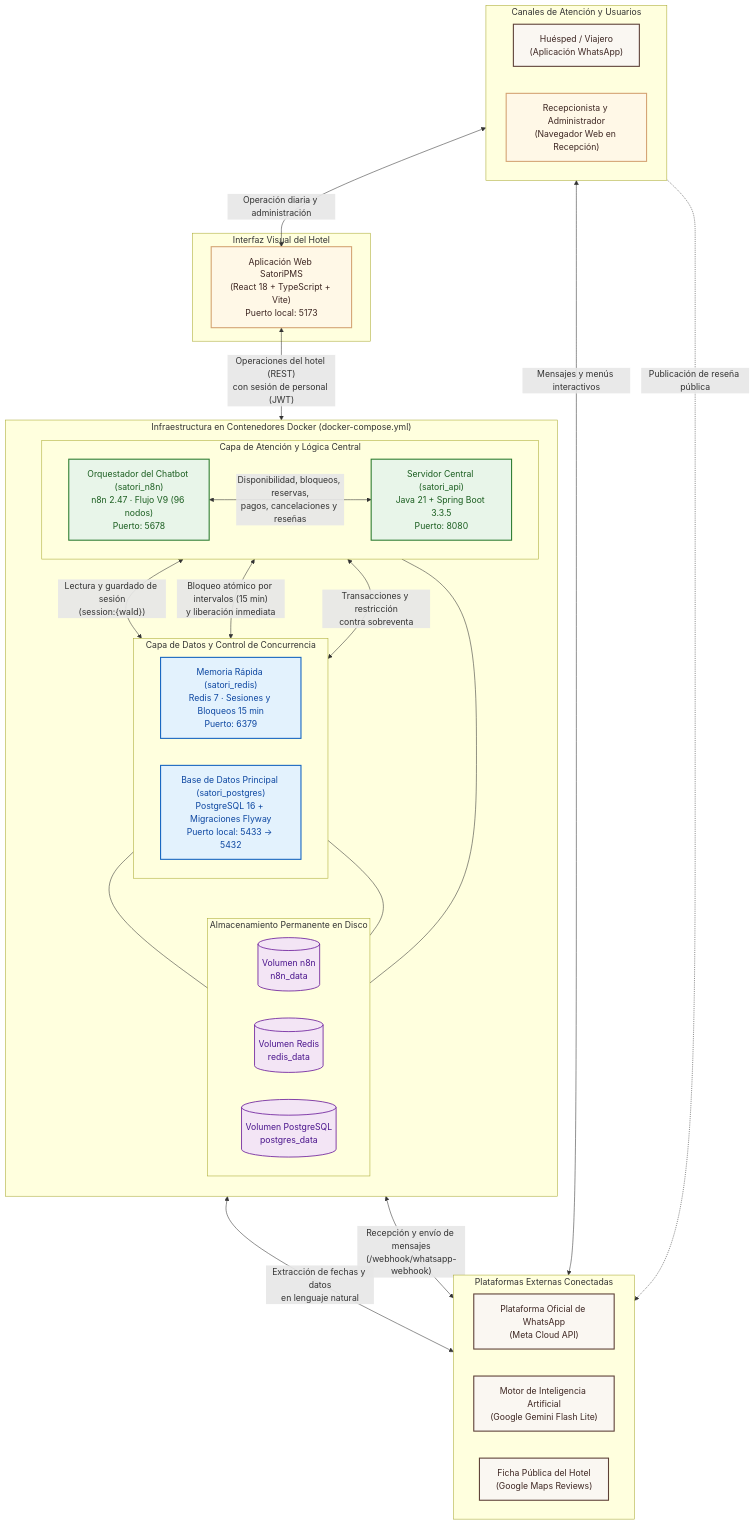
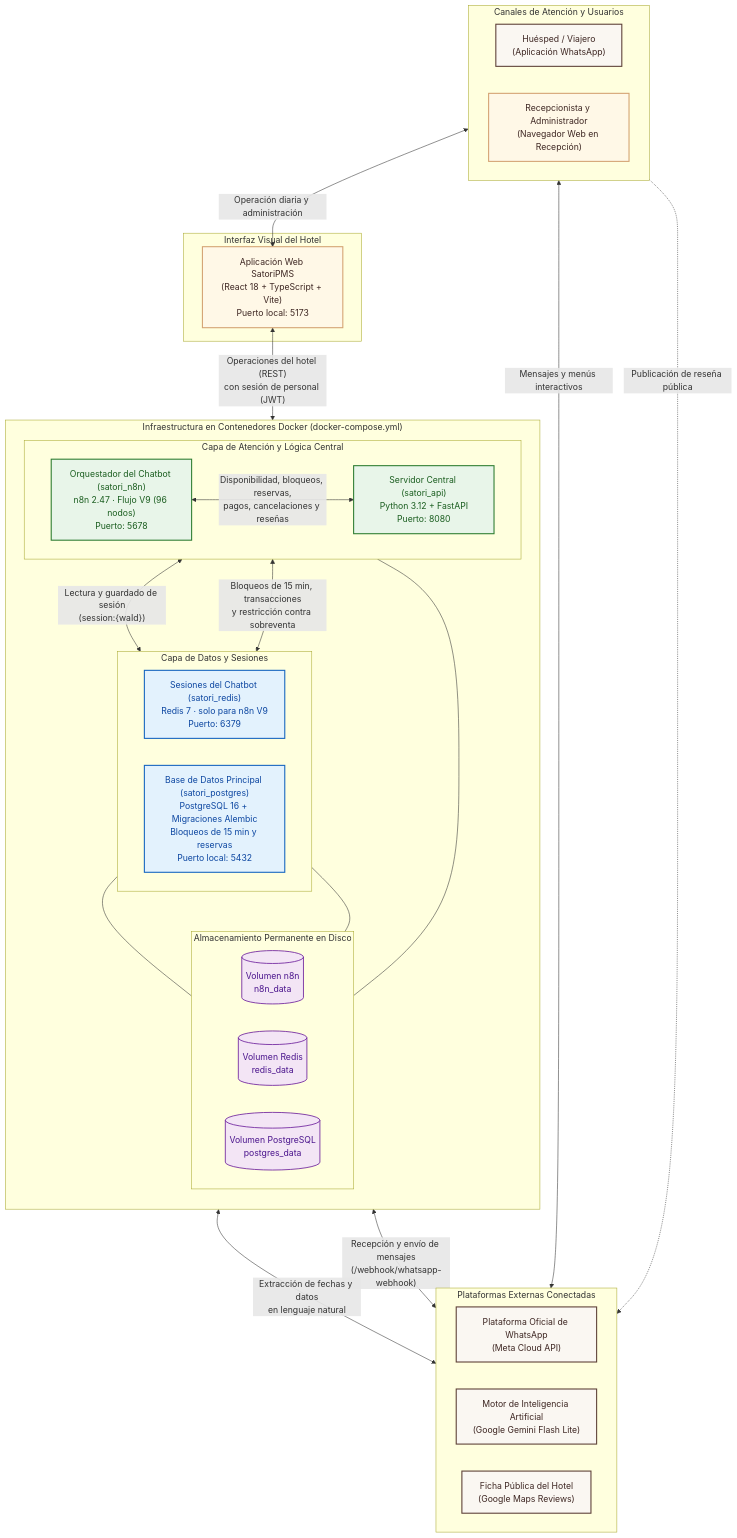
The diagram in docs/Diagramas/01_Infraestructura_Servicios.md (JuanJarias/SatoriPMS), drawn with Mermaid before and after one commit. The commit also changed other lines of this file and 14 other files, not shown here.

First line of the commit message:
docs: reescribir la documentacion tecnica para FastAPI y PostgreSQL

````diff
--- a/docs/Diagramas/01_Infraestructura_Servicios.md
+++ b/docs/Diagramas/01_Infraestructura_Servicios.md
@@ -11,69 +11,68 @@
 ```mermaid
 flowchart TB
     classDef external fill:#FAF7F2,stroke:#5D4037,stroke-width:2px,color:#3E2723
     classDef frontend fill:#FFF8E7,stroke:#D4A373,stroke-width:2px,color:#3E2723
     classDef core fill:#E8F5E9,stroke:#2E7D32,stroke-width:2px,color:#1B5E20
     classDef data fill:#E3F2FD,stroke:#1565C0,stroke-width:2px,color:#0D47A1
     classDef storage fill:#F3E5F5,stroke:#6A1B9A,stroke-width:1.5px,color:#4A148C
 
     subgraph Usuarios["Canales de Atención y Usuarios"]
         direction LR
         Huesped["Huésped / Viajero<br/>(Aplicación WhatsApp)"]:::external
         Personal["Recepcionista y Administrador<br/>(Navegador Web en Recepción)"]:::frontend
     end
 
     subgraph Externos["Plataformas Externas Conectadas"]
         direction LR
         MetaAPI["Plataforma Oficial de WhatsApp<br/>(Meta Cloud API)"]:::external
         GeminiAPI["Motor de Inteligencia Artificial<br/>(Google Gemini Flash Lite)"]:::external
         GoogleMaps["Ficha Pública del Hotel<br/>(Google Maps Reviews)"]:::external
     end
 
     subgraph FrontendApp["Interfaz Visual del Hotel"]
         WebApp["Aplicación Web SatoriPMS<br/>(React 18 + TypeScript + Vite)<br/>Puerto local: 5173"]:::frontend
     end
 
     subgraph DockerHost["Infraestructura en Contenedores Docker (docker-compose.yml)"]
         direction TB
 
         subgraph Orquestacion["Capa de Atención y Lógica Central"]
             direction LR
             N8N["Orquestador del Chatbot (satori_n8n)<br/>n8n 2.47 · Flujo V9 (96 nodos)<br/>Puerto: 5678"]:::core
-            API["Servidor Central (satori_api)<br/>Java 21 + Spring Boot 3.3.5<br/>Puerto: 8080"]:::core
+            API["Servidor Central (satori_api)<br/>Python 3.12 + FastAPI<br/>Puerto: 8080"]:::core
         end
 
-        subgraph Persistencia["Capa de Datos y Control de Concurrencia"]
+        subgraph Persistencia["Capa de Datos y Sesiones"]
             direction LR
-            Redis["Memoria Rápida (satori_redis)<br/>Redis 7 · Sesiones y Bloqueos 15 min<br/>Puerto: 6379"]:::data
-            Postgres["Base de Datos Principal (satori_postgres)<br/>PostgreSQL 16 + Migraciones Flyway<br/>Puerto local: 5433 -> 5432"]:::data
+            Redis["Sesiones del Chatbot (satori_redis)<br/>Redis 7 · solo para n8n V9<br/>Puerto: 6379"]:::data
+            Postgres["Base de Datos Principal (satori_postgres)<br/>PostgreSQL 16 + Migraciones Alembic<br/>Bloqueos de 15 min y reservas<br/>Puerto local: 5432"]:::data
         end
 
         subgraph Volumenes["Almacenamiento Permanente en Disco"]
             direction LR
             VolN8N[("Volumen n8n<br/>n8n_data")]:::storage
             VolRedis[("Volumen Redis<br/>redis_data")]:::storage
             VolPG[("Volumen PostgreSQL<br/>postgres_data")]:::storage
         end
     end
 
     %% Relaciones de usuarios y servicios externos
     Huesped <-->|"Mensajes y menús interactivos"| MetaAPI
     Huesped -.->|"Publicación de reseña pública"| GoogleMaps
     MetaAPI <-->|"Recepción y envío de mensajes<br/>(/webhook/whatsapp-webhook)"| N8N
     N8N <-->|"Extracción de fechas y datos<br/>en lenguaje natural"| GeminiAPI
 
     %% Relaciones de la aplicación web
     Personal <-->|"Operación diaria y administración"| WebApp
     WebApp <-->|"Operaciones del hotel (REST)<br/>con sesión de personal (JWT)"| API
 
     %% Relaciones internas entre contenedores
     N8N <-->|"Lectura y guardado de sesión<br/>(session:{waId})"| Redis
     N8N <-->|"Disponibilidad, bloqueos, reservas,<br/>pagos, cancelaciones y reseñas"| API
-    API <-->|"Bloqueo atómico por intervalos (15 min)<br/>y liberación inmediata"| Redis
-    API <-->|"Transacciones y restricción<br/>contra sobreventa"| Postgres
+    API <-->|"Bloqueos de 15 min, transacciones<br/>y restricción contra sobreventa"| Postgres
 
     %% Persistencia en volúmenes
     N8N --- VolN8N
     Redis --- VolRedis
     Postgres --- VolPG
 ```
````
